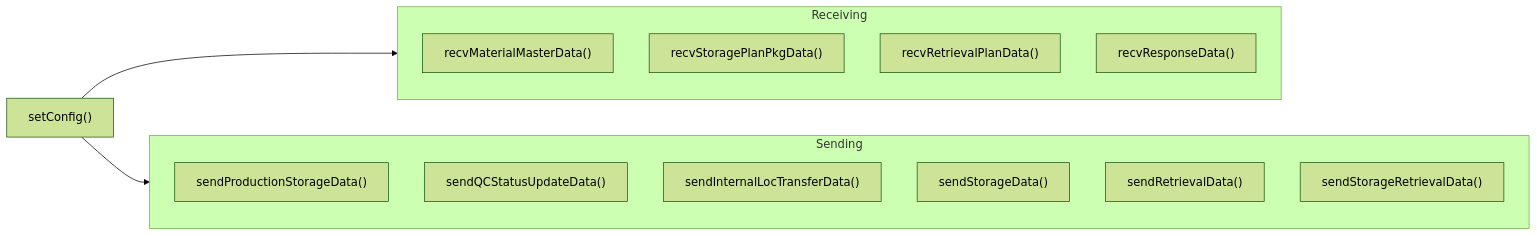
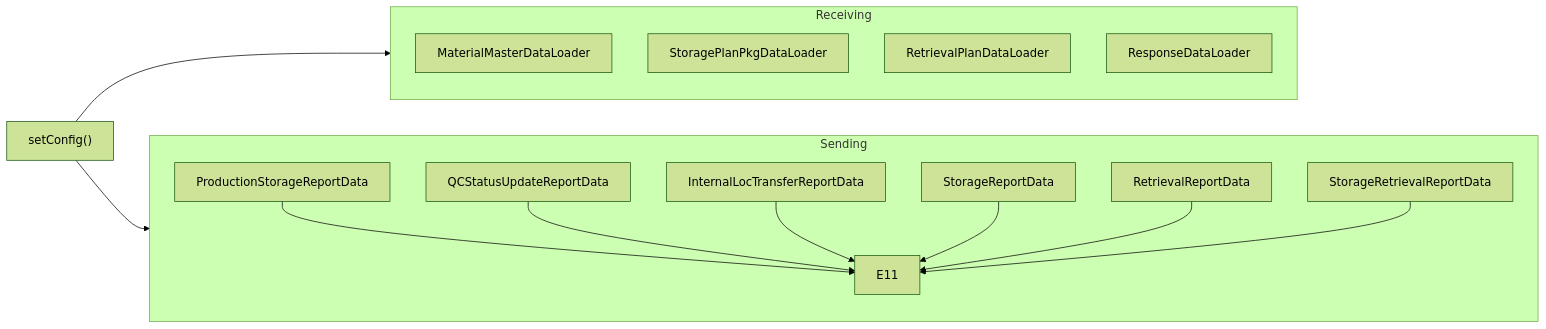
One commit to luthfiadityaa/SimeDarby-Wiki changed the third of 3 diagrams in Basic-Design/Host-Interfaces.md. Above: the diagram before and after it, drawn with Mermaid (forest theme).

Commit message:
Updated Host Interfaces

```diff
--- a/Basic-Design/Host-Interfaces.md
+++ b/Basic-Design/Host-Interfaces.md
@@ -74,22 +74,23 @@
 ::: mermaid
 flowchart LR
  C1["setConfig()"]  
  C1 --> Receiving 
  C1 --> Sending 
 
 subgraph Receiving
- C3["recvMaterialMasterData()"]
- C4["recvStoragePlanPkgData()"]
- C5["recvRetrievalPlanData()"]
- C6["recvResponseData()"]
+ C21["MaterialMasterDataLoader"]
+ C22["StoragePlanPkgDataLoader"] 
+ C23["RetrievalPlanDataLoader"] 
+ C24["ResponseDataLoader"]
 end
 
 subgraph Sending
- C7["sendProductionStorageData()"]
- C8["sendQCStatusUpdateData()"]
- C9["sendInternalLocTransferData()"]
- C10["sendStorageData()"]
- C11["sendRetrievalData()"]
- C12["sendStorageRetrievalData()"]
+ C25["ProductionStorageReportData"] --> E11
+ C26["QCStatusUpdateReportData"] --> E11
+ C27["InternalLocTransferReportData"] --> E11
+ C28["StorageReportData"] --> E11
+ C29["RetrievalReportData"] --> E11
+ C30["StorageRetrievalReportData"] --> E11
 end
+ 
 :::
```
